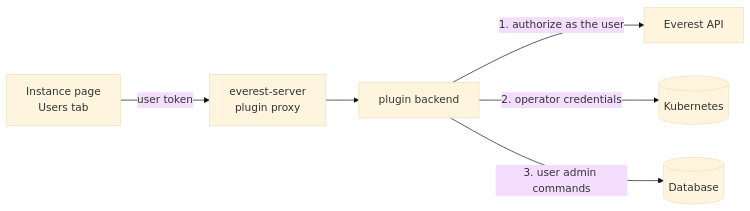
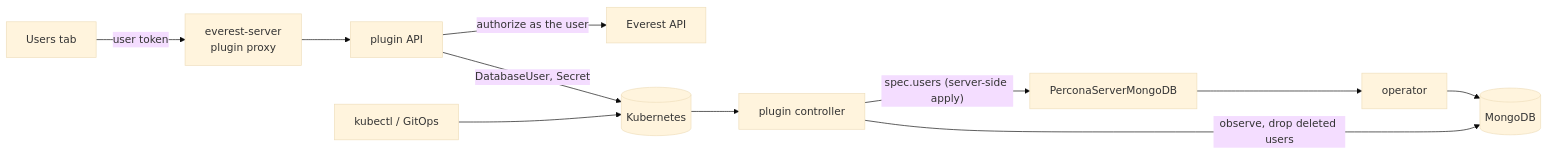
The diagram in README.md (openeverest/plugin-user-management), drawn with Mermaid (base theme) before and after one commit. The commit also changed other lines of this file and 38 other files, not shown here.

First line of the commit message:
feat: declare users as DatabaseUser resources

````diff
--- a/README.md
+++ b/README.md
@@ -20,8 +58,12 @@
 ```mermaid
 flowchart LR
-  UI["Instance page<br/>Users tab"] -->|user token| ES[everest-server<br/>plugin proxy]
-  ES --> BE[plugin backend]
-  BE -->|1. authorize as the user| API[Everest API]
-  BE -->|2. operator credentials| K8S[(Kubernetes)]
-  BE -->|3. user admin commands| DB[(Database)]
+  UI["Users tab"] -->|user token| ES[everest-server<br/>plugin proxy]
+  ES --> API[plugin API]
+  API -->|authorize as the user| EV[Everest API]
+  API -->|DatabaseUser, Secret| K8S[(Kubernetes)]
+  CLI[kubectl / GitOps] --> K8S
+  K8S --> CTRL[plugin controller]
+  CTRL -->|"spec.users (server-side apply)"| CR[PerconaServerMongoDB]
+  CR --> OP[operator] --> DB[(MongoDB)]
+  CTRL -->|observe, drop deleted users| DB
 ```
````
